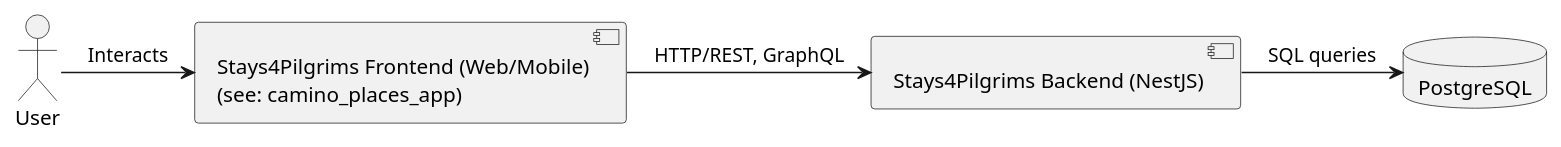
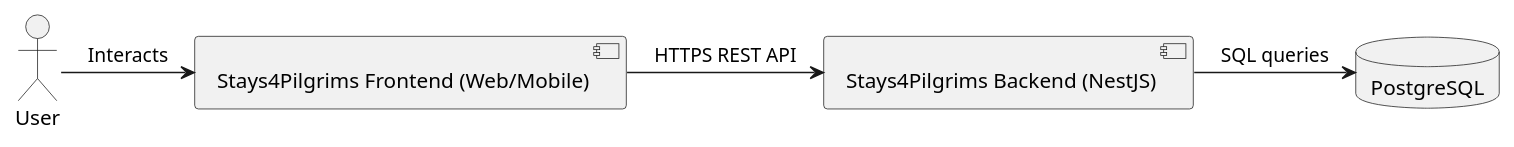
Before and after one commit to alegna83/cookbook-be: the diagram in docs/diagrams/system-overview.puml, drawn with PlantUML. The commit also changed 39 other files, not shown here.

Commit message:
docs(diagrams): normalize accommodation naming and refresh thesis references

```diff
--- a/docs/diagrams/system-overview.puml
+++ b/docs/diagrams/system-overview.puml
@@ -1,10 +1,10 @@
 @startuml
 ' System overview
 actor "User" as User
-component "Stays4Pilgrims Frontend (Web/Mobile)\n(see: camino_places_app)" as Frontend
-component "Stays4Pilgrims Backend (NestJS)" as API
+component "Stays4Pilgrims Frontend (Web/Mobile)" as Frontend
+component "Stays4Pilgrims Backend (NestJS)" as Backend
 database "PostgreSQL" as DB
 User -> Frontend : Interacts
-Frontend -> API : HTTP/REST, GraphQL
-API -> DB : SQL queries
+Frontend -> Backend : HTTPS REST API
+Backend -> DB : SQL queries
 @enduml
```
